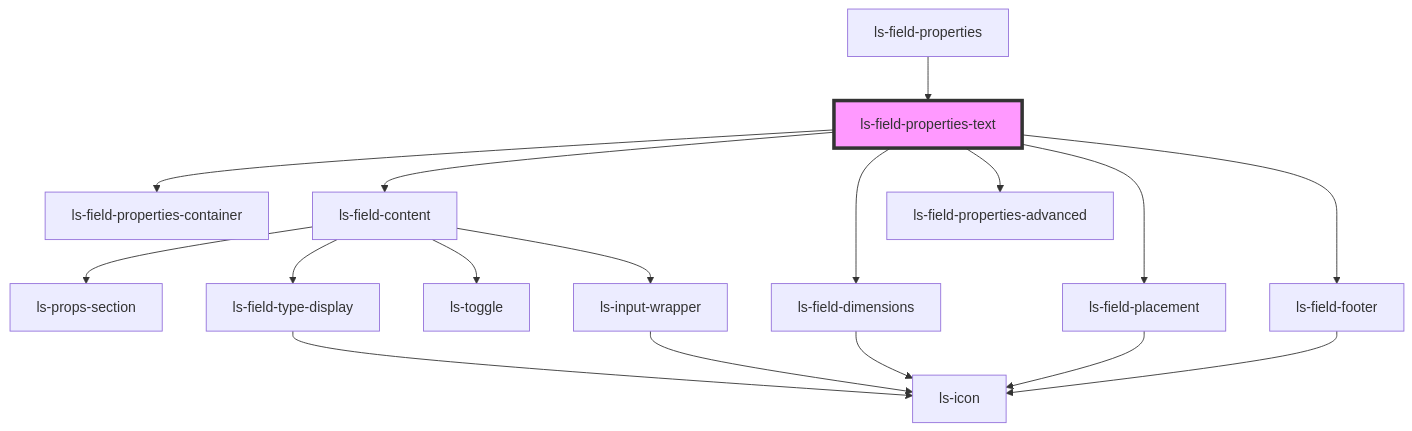
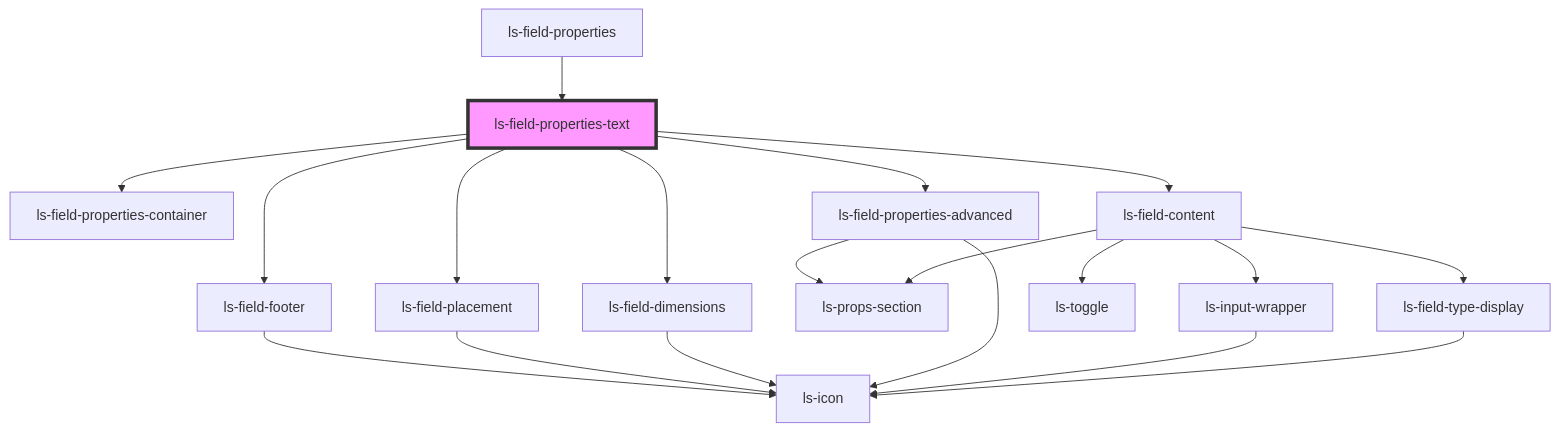
Before and after one commit to legalesign/ls-document-viewer: the diagram in src/components/ls-field-properties-text/readme.md, drawn with Mermaid. The commit also changed 31 other files, not shown here.

````diff
--- a/src/components/ls-field-properties-text/readme.md
+++ b/src/components/ls-field-properties-text/readme.md
@@ -31,20 +31,22 @@
 ```mermaid
 graph TD;
   ls-field-properties-text --> ls-field-properties-container
   ls-field-properties-text --> ls-field-content
+  ls-field-properties-text --> ls-field-properties-advanced
   ls-field-properties-text --> ls-field-dimensions
-  ls-field-properties-text --> ls-field-properties-advanced
   ls-field-properties-text --> ls-field-placement
   ls-field-properties-text --> ls-field-footer
   ls-field-content --> ls-props-section
   ls-field-content --> ls-field-type-display
   ls-field-content --> ls-toggle
   ls-field-content --> ls-input-wrapper
   ls-field-type-display --> ls-icon
   ls-input-wrapper --> ls-icon
+  ls-field-properties-advanced --> ls-icon
+  ls-field-properties-advanced --> ls-props-section
   ls-field-dimensions --> ls-icon
   ls-field-placement --> ls-icon
   ls-field-footer --> ls-icon
   ls-field-properties --> ls-field-properties-text
   style ls-field-properties-text fill:#f9f,stroke:#333,stroke-width:4px
 ```
````
